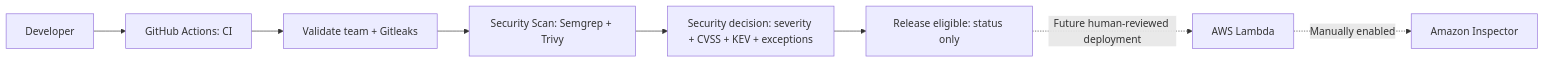
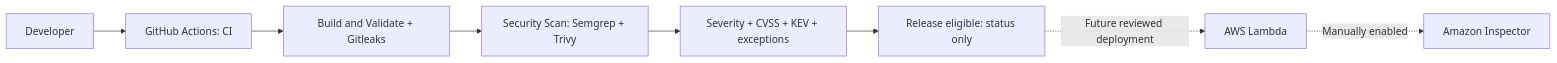
Before and after one commit to slyncon/cdk-team-a: the diagram in SECURITY_DEMO.md, drawn with Mermaid. The commit also changed other lines of this file and 17 other files, not shown here.

````diff
--- a/SECURITY_DEMO.md
+++ b/SECURITY_DEMO.md
@@ -3,10 +3,10 @@
 ```mermaid
 flowchart LR
   D[Developer] --> G[GitHub Actions: CI]
-  G --> V[Validate team + Gitleaks]
+  G --> V[Build and Validate + Gitleaks]
   V --> S[Security Scan: Semgrep + Trivy]
-  S --> P[Security decision: severity + CVSS + KEV + exceptions]
+  S --> P[Severity + CVSS + KEV + exceptions]
   P --> R[Release eligible: status only]
-  R -. Future human-reviewed deployment .-> L[AWS Lambda]
+  R -. Future reviewed deployment .-> L[AWS Lambda]
   L -. Manually enabled .-> I[Amazon Inspector]
 ```
````
